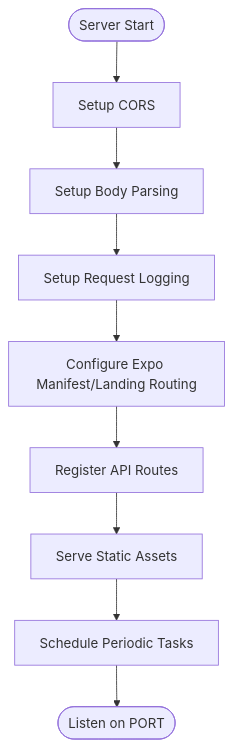
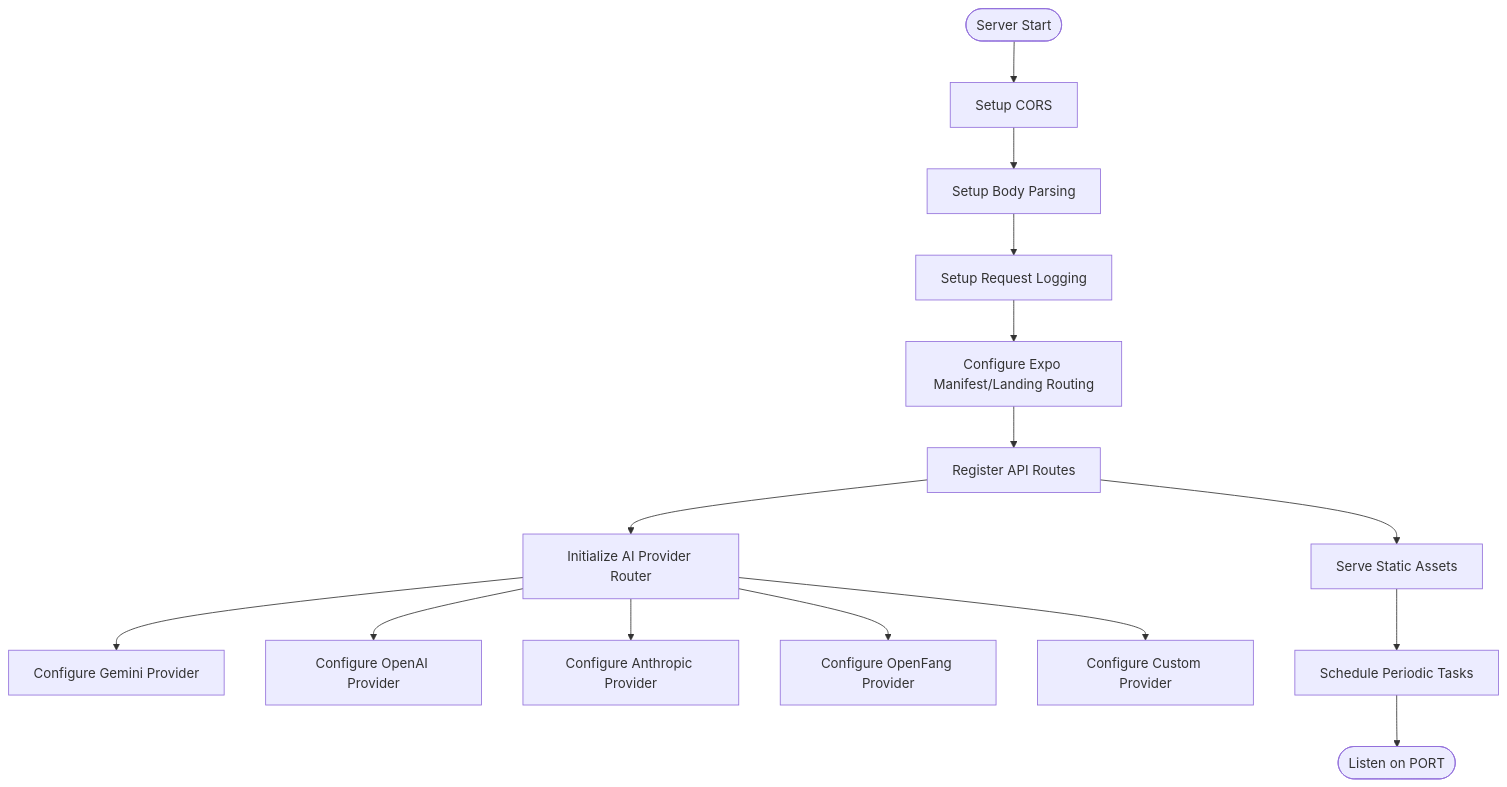
One commit to hunglevi87/Hidden-Gem changed the fifth of 9 diagrams in .qoder/repowiki/en/content/Frontend Application/Development Workflow.md. Above: the diagram before and after it, drawn with Mermaid. The commit also changed other lines of this file and 5 other files, not shown here.

First line of the commit message:
feat(ai-provider): add OpenFang provider with multi-model routing

````diff
--- a/.qoder/repowiki/en/content/Frontend Application/Development Workflow.md
+++ b/.qoder/repowiki/en/content/Frontend Application/Development Workflow.md
@@ -240,11 +281,17 @@
 ```mermaid
 flowchart TD
 Start(["Server Start"]) --> CORS["Setup CORS"]
 CORS --> Body["Setup Body Parsing"]
 Body --> Log["Setup Request Logging"]
 Log --> ExpoRoute["Configure Expo Manifest/Landing Routing"]
 ExpoRoute --> Routes["Register API Routes"]
+Routes --> AIRouter["Initialize AI Provider Router"]
+AIRouter --> Gemini["Configure Gemini Provider"]
+AIRouter --> OpenAI["Configure OpenAI Provider"]
+AIRouter --> Anthropic["Configure Anthropic Provider"]
+AIRouter --> OpenFang["Configure OpenFang Provider"]
+AIRouter --> Custom["Configure Custom Provider"]
 Routes --> Serve["Serve Static Assets"]
 Serve --> Schedule["Schedule Periodic Tasks"]
 Schedule --> Listen(["Listen on PORT"])
 ```
````
